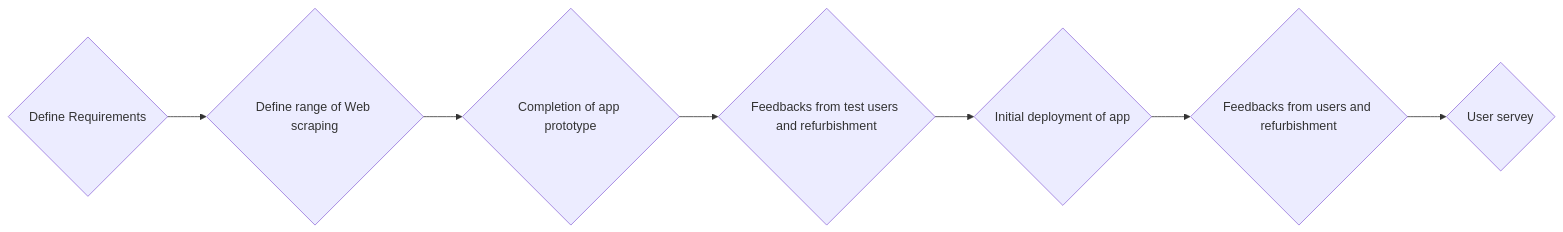
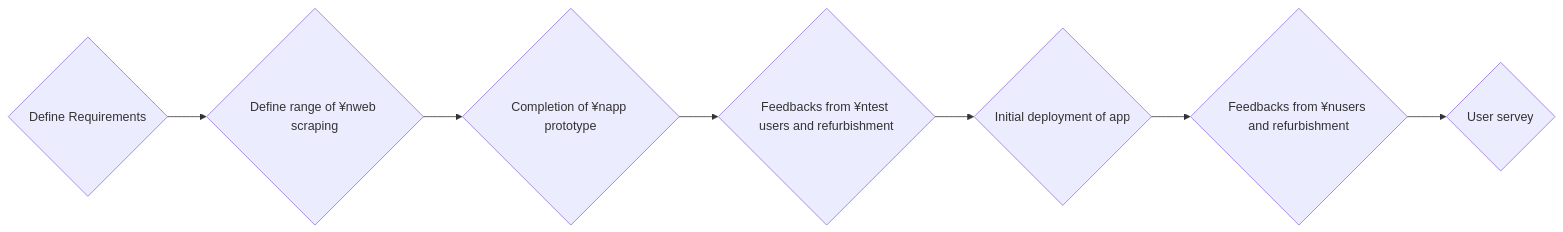
The first of 2 diagrams in README.md (riow1983/Coursera-PMP), drawn with Mermaid before and after one commit.

````diff
--- a/README.md
+++ b/README.md
@@ -50,17 +50,17 @@
 ```mermaid
 graph LR
   A{Define Requirements}
-  B{Define range of Web scraping}
-  C{Completion of app prototype}
-  D{Feedbacks from test users and refurbishment}
+  B{Define range of ¥nweb scraping}
+  C{Completion of ¥napp prototype}
+  D{Feedbacks from ¥ntest users and refurbishment}
   E{Initial deployment of app}
-  F{Feedbacks from users and refurbishment}
+  F{Feedbacks from ¥nusers and refurbishment}
   G{User servey}
 
   A-->B
   B-->C
   C-->D
   D-->E
   E-->F
   F-->G
 ```
````
